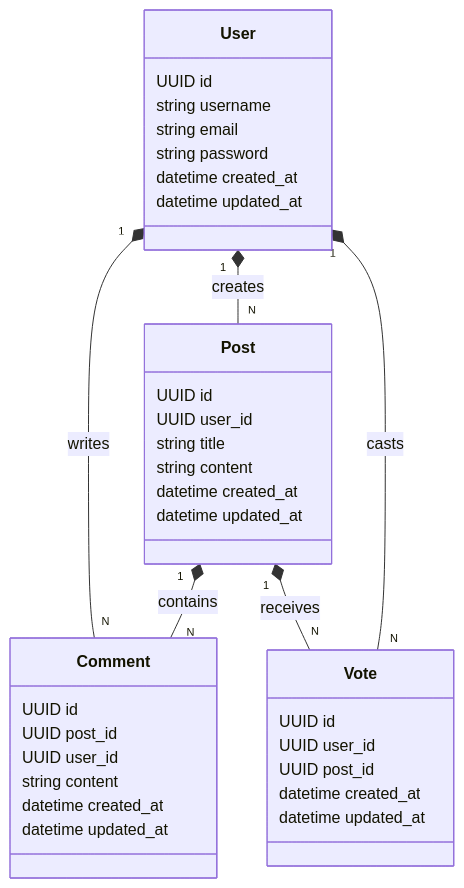
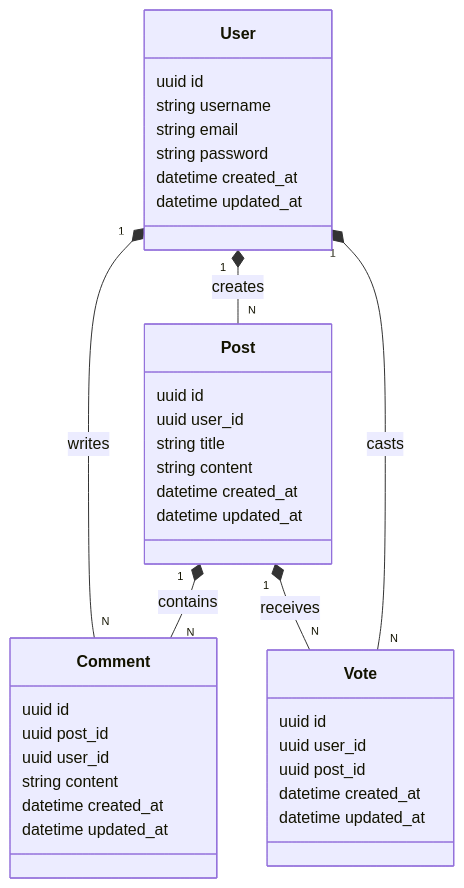
One commit to wesleybertipaglia/spring-forum changed the diagram in README.md. Above: the diagram before and after it, drawn with Mermaid.

````diff
--- a/README.md
+++ b/README.md
@@ -18,43 +18,43 @@
 ```mermaid
 classDiagram
     class User {
-        UUID id
+        uuid id
         string username
         string email
         string password
         datetime created_at
         datetime updated_at
     }
     
     class Post {
-        UUID id
-        UUID user_id
+        uuid id
+        uuid user_id
         string title
         string content
         datetime created_at
         datetime updated_at
     }
     
     class Comment {
-        UUID id
-        UUID post_id
-        UUID user_id
+        uuid id
+        uuid post_id
+        uuid user_id
         string content
         datetime created_at
         datetime updated_at
     }
     
     class Vote {
-        UUID id
-        UUID user_id
-        UUID post_id
+        uuid id
+        uuid user_id
+        uuid post_id
         datetime created_at
         datetime updated_at
     }
 
     User "1" *-- "N" Post : creates
     Post "1" *-- "N" Comment : contains
     User "1" *-- "N" Comment : writes
     User "1" *-- "N" Vote : casts
     Post "1" *-- "N" Vote : receives
 ```
````
